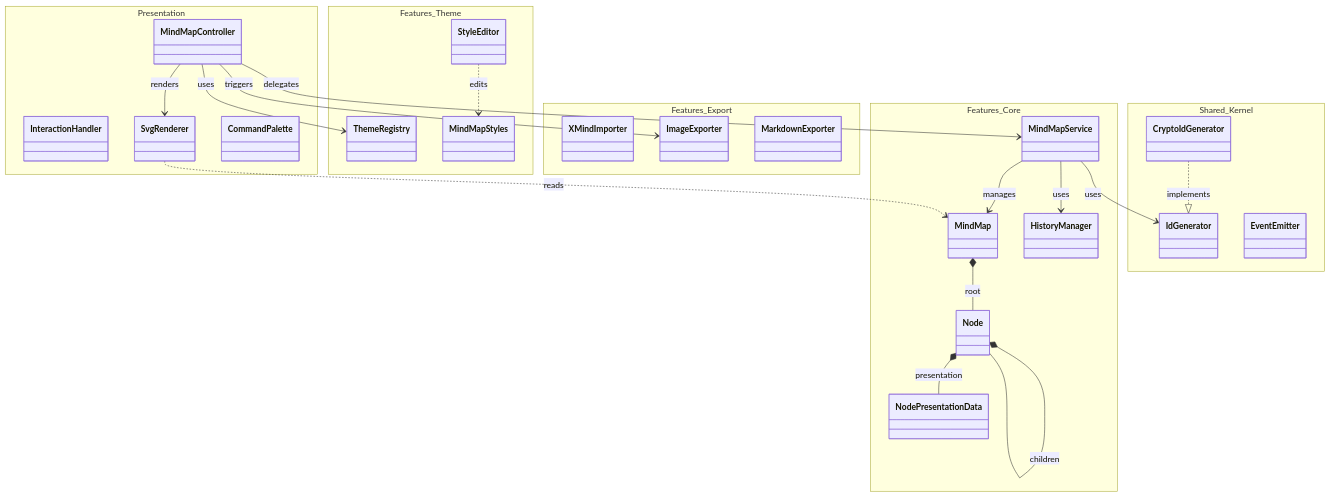
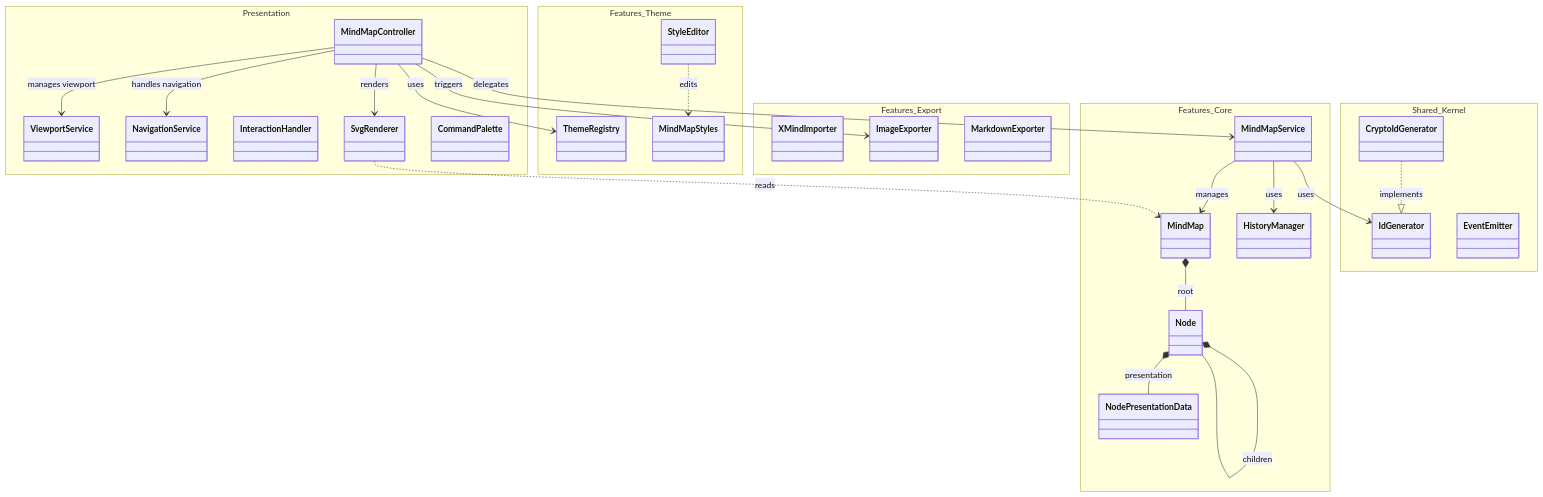
Before and after one commit to hiroooo000/kakidash: the second of 7 diagrams in docs/SOFTWARE_ARCHITECTURE.md, drawn with Mermaid. The commit also changed other lines of this file and 15 other files, not shown here.

Commit message:
refactor(controller): extract ViewportService and NavigationService and introduce ControllerDependencies

````diff
--- a/docs/SOFTWARE_ARCHITECTURE.md
+++ b/docs/SOFTWARE_ARCHITECTURE.md
@@ -67,56 +67,60 @@
 ```mermaid
 classDiagram
     direction TB
 
     namespace Presentation {
         class MindMapController
+        class ViewportService
+        class NavigationService
         class InteractionHandler
         class SvgRenderer
         class CommandPalette
     }
 
     namespace Features_Core {
         class MindMapService
         class MindMap
         class Node
         class NodePresentationData
         class HistoryManager
     }
 
     namespace Features_Theme {
         class ThemeRegistry
         class StyleEditor
         class MindMapStyles
     }
 
     namespace Features_Export {
         class XMindImporter
         class ImageExporter
         class MarkdownExporter
     }
 
     namespace Shared_Kernel {
         class IdGenerator
         class CryptoIdGenerator
         class EventEmitter
     }
 
     %% Relationships
     MindMapController --> MindMapService : delegates
     MindMapController --> ThemeRegistry : uses
     MindMapController --> ImageExporter : triggers
+    MindMapController --> ViewportService : manages viewport
+    MindMapController --> NavigationService : handles navigation
     MindMapController --> SvgRenderer : renders
     
     MindMapService --> MindMap : manages
     MindMapService --> HistoryManager : uses
     MindMapService --> IdGenerator : uses
 
     MindMap *-- Node : root
     Node *-- Node : children
     Node *-- NodePresentationData : presentation
 
     SvgRenderer ..> MindMap : reads
     StyleEditor ..> MindMapStyles : edits
     
     CryptoIdGenerator ..|> IdGenerator : implements
 ```
````
